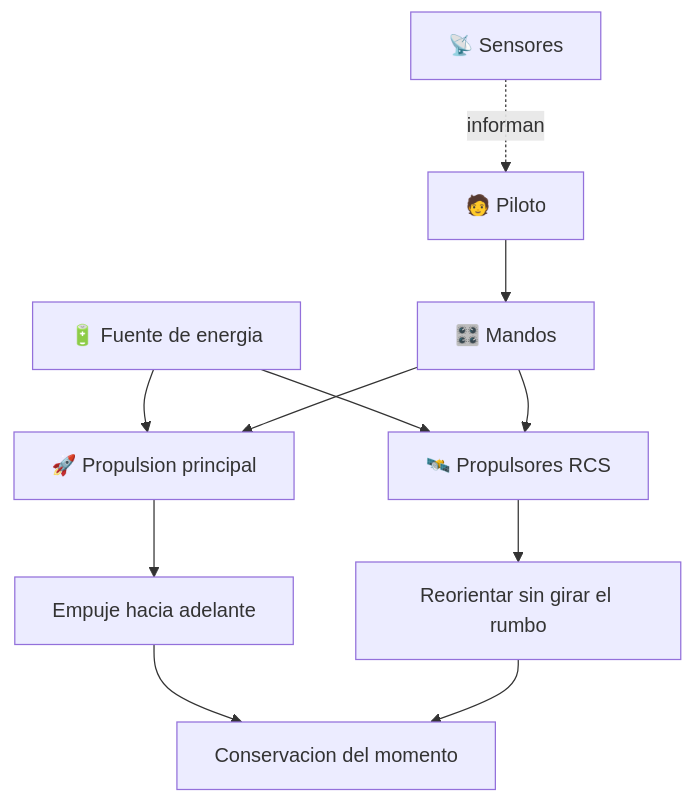
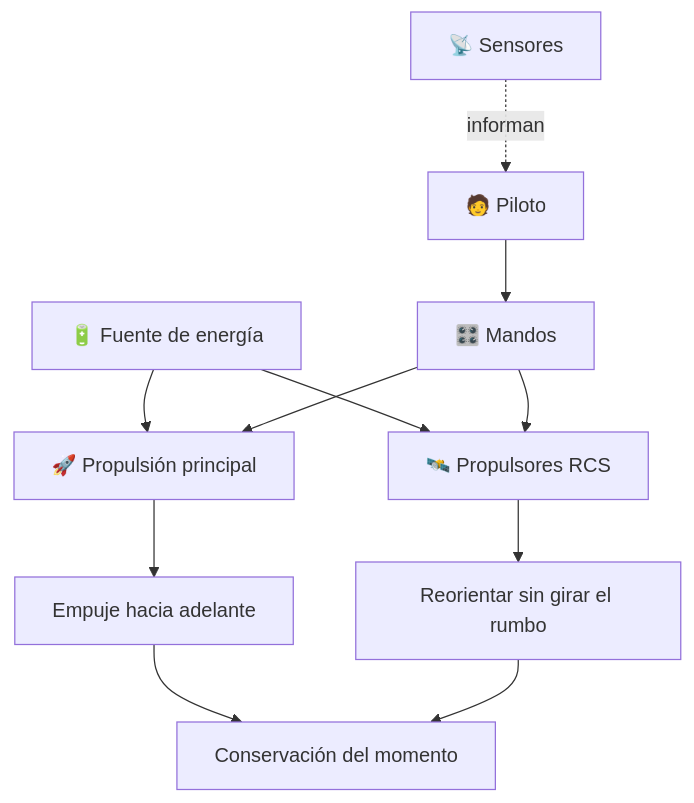
The diagram in vehiculos-fantasticos/caza-estelar/README.md (vladimiracunadev-create/machine-operator-program), drawn with Mermaid before and after one commit. The commit also changed other lines of this file and 442 other files, not shown here.

````diff
--- a/vehiculos-fantasticos/caza-estelar/README.md
+++ b/vehiculos-fantasticos/caza-estelar/README.md
@@ -34,13 +34,13 @@
 ```mermaid
 flowchart TD
-    Energia[🔋 Fuente de energia] --> Propulsion[🚀 Propulsion principal]
+    Energia[🔋 Fuente de energía] --> Propulsion[🚀 Propulsión principal]
     Energia --> RCS[🛰️ Propulsores RCS]
     Propulsion --> Empuje[Empuje hacia adelante]
     RCS --> Orientacion[Reorientar sin girar el rumbo]
-    Empuje --> Momento[Conservacion del momento]
+    Empuje --> Momento[Conservación del momento]
     Orientacion --> Momento
     Piloto[🧑 Piloto] --> Mandos[🎛️ Mandos]
     Mandos --> Propulsion
     Mandos --> RCS
     Sensores[📡 Sensores] -. informan .-> Piloto
 ```
````
